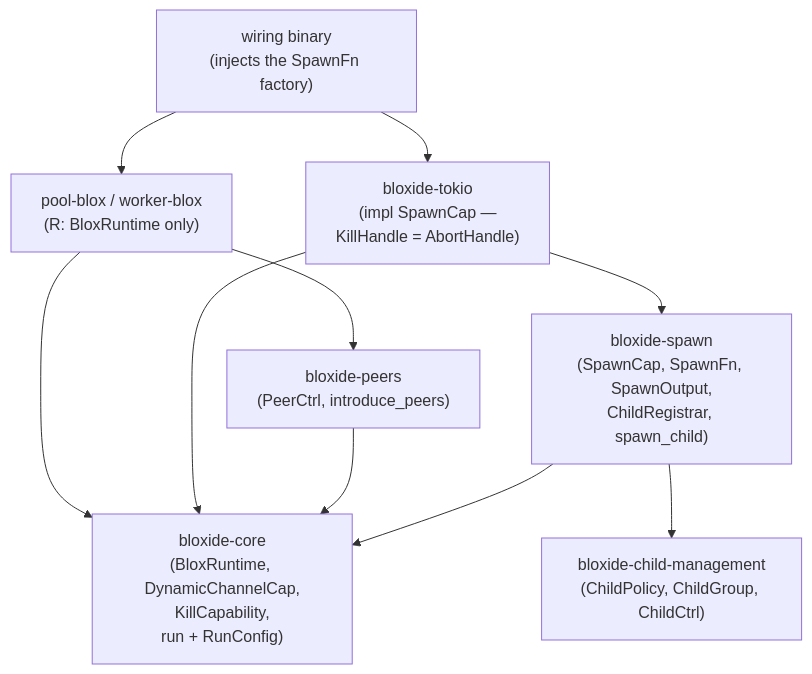
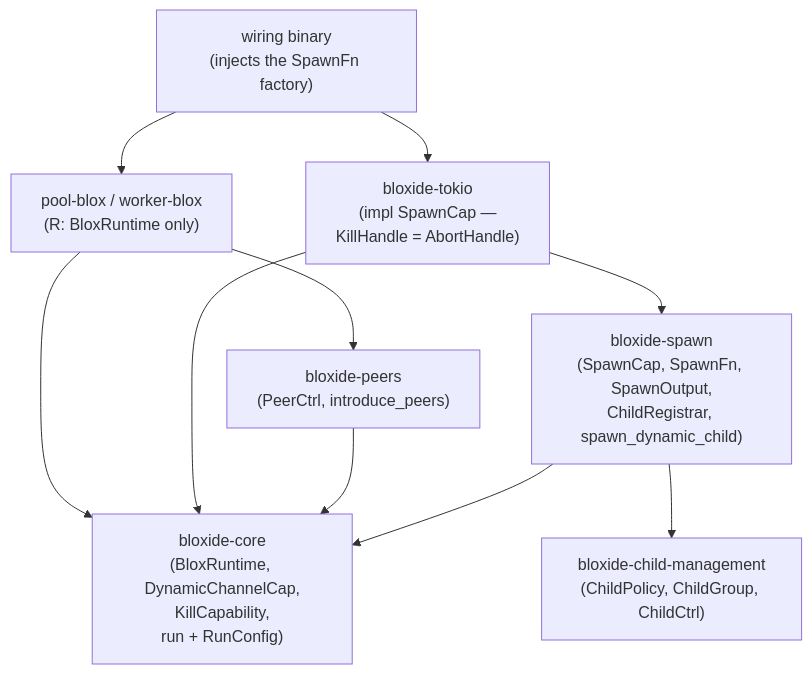
The first of 4 diagrams in spec/architecture/10-dynamic-actors.md (bloxide-com/bloxide), drawn with Mermaid before and after one commit. The commit also changed other lines of this file and 112 other files, not shown here.

````diff
--- a/spec/architecture/10-dynamic-actors.md
+++ b/spec/architecture/10-dynamic-actors.md
@@ -84,20 +84,20 @@
 ```mermaid
 flowchart TD
     BloxideCore["bloxide-core\n(BloxRuntime, DynamicChannelCap,\nKillCapability,\nrun + RunConfig)"]
     BloxideChildMgmt["bloxide-child-management\n(ChildPolicy, ChildGroup, ChildCtrl)"]
-    BloxideSpawn["bloxide-spawn\n(SpawnCap, SpawnFn, SpawnOutput,\nChildRegistrar, spawn_child)"]
+    BloxideSpawn["bloxide-spawn\n(SpawnCap, SpawnFn, SpawnOutput,\nChildRegistrar, spawn_dynamic_child)"]
     BloxidePeers["bloxide-peers\n(PeerCtrl, introduce_peers)"]
     TokioRuntime["bloxide-tokio\n(impl SpawnCap —\nKillHandle = AbortHandle)"]
     PoolBlox["pool-blox / worker-blox\n(R: BloxRuntime only)"]
     WiringBinary["wiring binary\n(injects the SpawnFn factory)"]
 
     BloxideSpawn --> BloxideCore
     BloxideSpawn --> BloxideChildMgmt
     BloxidePeers --> BloxideCore
     TokioRuntime --> BloxideCore
     TokioRuntime --> BloxideSpawn
     PoolBlox --> BloxideCore
     PoolBlox --> BloxidePeers
     WiringBinary --> TokioRuntime
     WiringBinary --> PoolBlox
 ```
````
